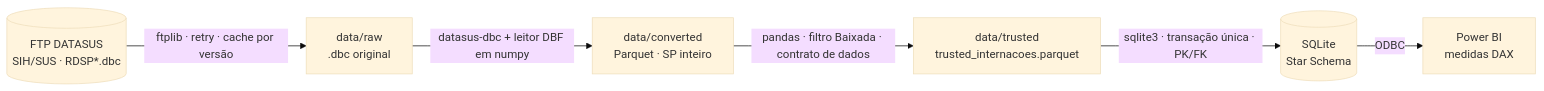
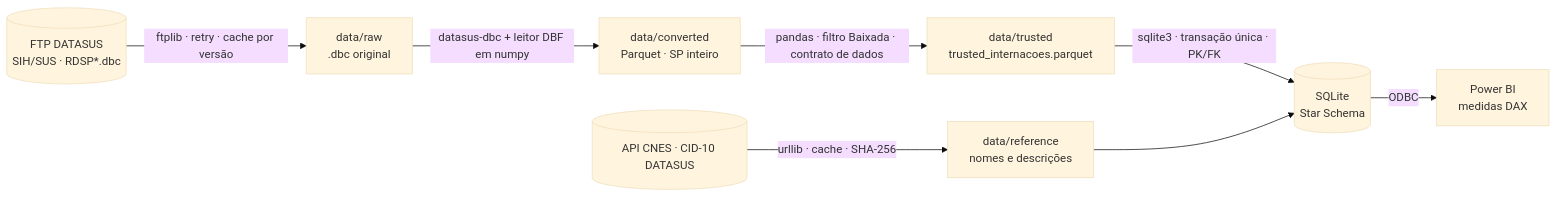
One commit to MatheusCavalcanteF/datasus-etl-baixada-santista changed the first of 2 diagrams in README.md. Above: the diagram before and after it, drawn with Mermaid (base theme). The commit also changed other lines of this file and 5 other files, not shown here.

First line of the commit message:
feat: nomes dos hospitais e descrições de CID na Dim_Hospital e na Dim_CID

````diff
--- a/README.md
+++ b/README.md
@@ -35,8 +35,10 @@
 ```mermaid
 flowchart LR
     FTP[("FTP DATASUS<br/>SIH/SUS · RDSP*.dbc")] -->|"ftplib · retry · cache por versão"| RAW["data/raw<br/>.dbc original"]
     RAW -->|"datasus-dbc + leitor DBF em numpy"| CONV["data/converted<br/>Parquet · SP inteiro"]
     CONV -->|"pandas · filtro Baixada · contrato de dados"| TRUST["data/trusted<br/>trusted_internacoes.parquet"]
     TRUST -->|"sqlite3 · transação única · PK/FK"| DB[("SQLite<br/>Star Schema")]
+    API[("API CNES · CID-10 DATASUS")] -->|"urllib · cache · SHA-256"| REF["data/reference<br/>nomes e descrições"]
+    REF --> DB
     DB -->|"ODBC"| PBI["Power BI<br/>medidas DAX"]
 ```
````
